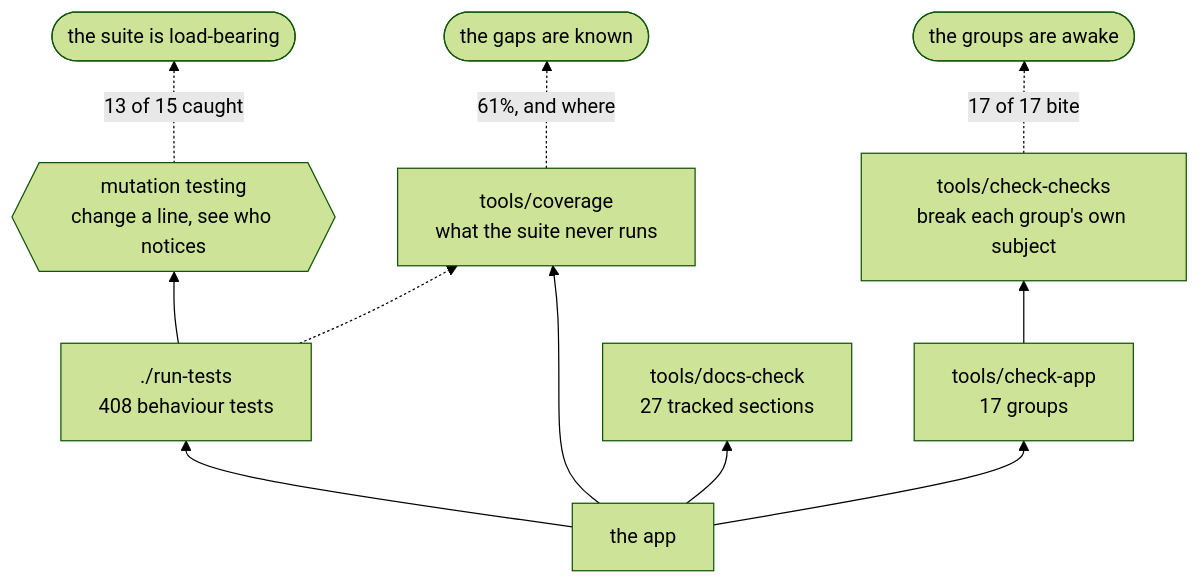
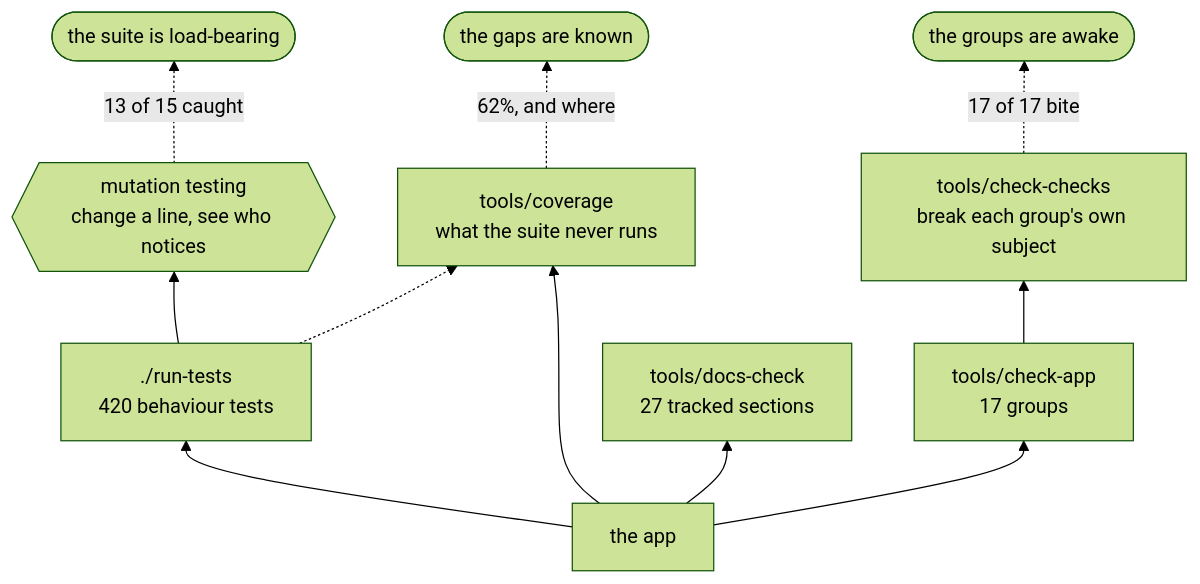
Before and after one commit to minormending/crystal-pilot-mobile: the second of 2 diagrams in docs/DEVELOPING.md, drawn with Mermaid (forest theme). The commit also changed 4 other files, not shown here.

````diff
--- a/docs/DEVELOPING.md
+++ b/docs/DEVELOPING.md
@@ -118,13 +118,13 @@
 ```mermaid
 flowchart BT
-    C["the app"] --> T["./run-tests<br/>408 behaviour tests"]
+    C["the app"] --> T["./run-tests<br/>420 behaviour tests"]
     C --> A["tools/check-app<br/>17 groups"]
     C --> D["tools/docs-check<br/>27 tracked sections"]
     C --> V["tools/coverage<br/>what the suite never runs"]
     T --> M{{"mutation testing<br/>change a line, see who notices"}}
     A --> K["tools/check-checks<br/>break each group's own subject"]
     T -.-> V
     M -.->|"13 of 15 caught"| R(["the suite is load-bearing"])
     K -.->|"17 of 17 bite"| R2(["the groups are awake"])
-    V -.->|"61%, and where"| R3(["the gaps are known"])
+    V -.->|"62%, and where"| R3(["the gaps are known"])
 ```
````
